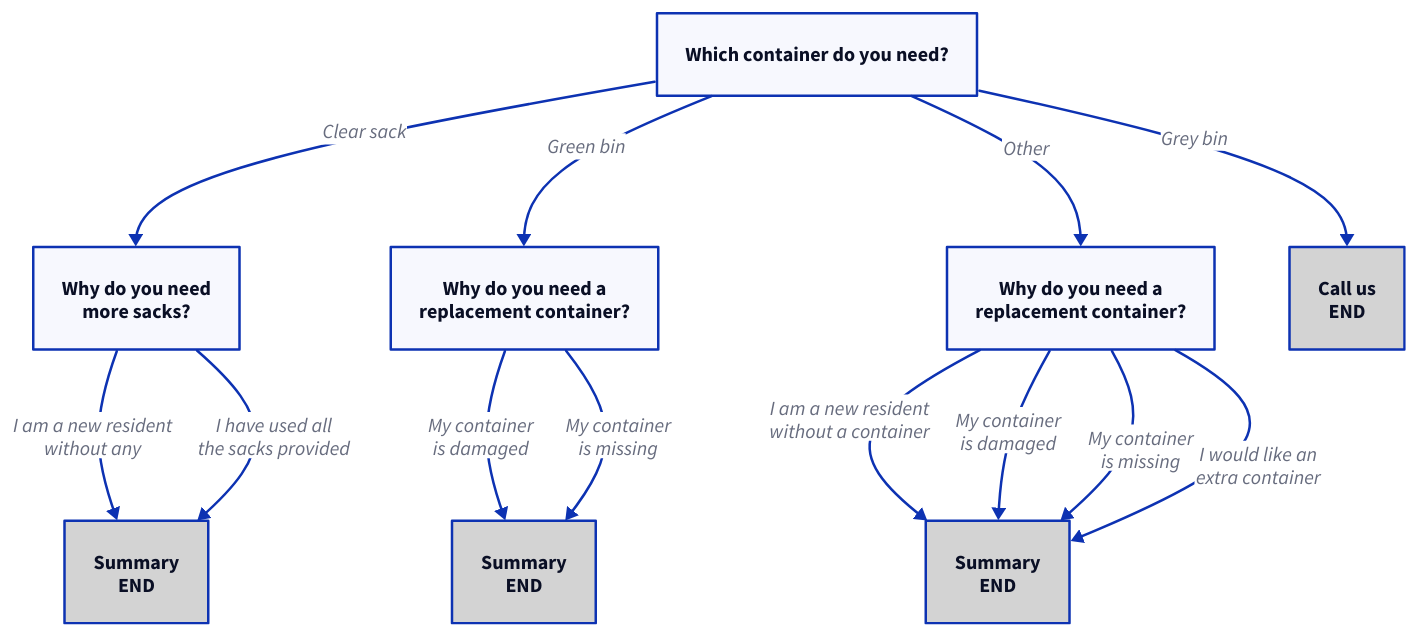
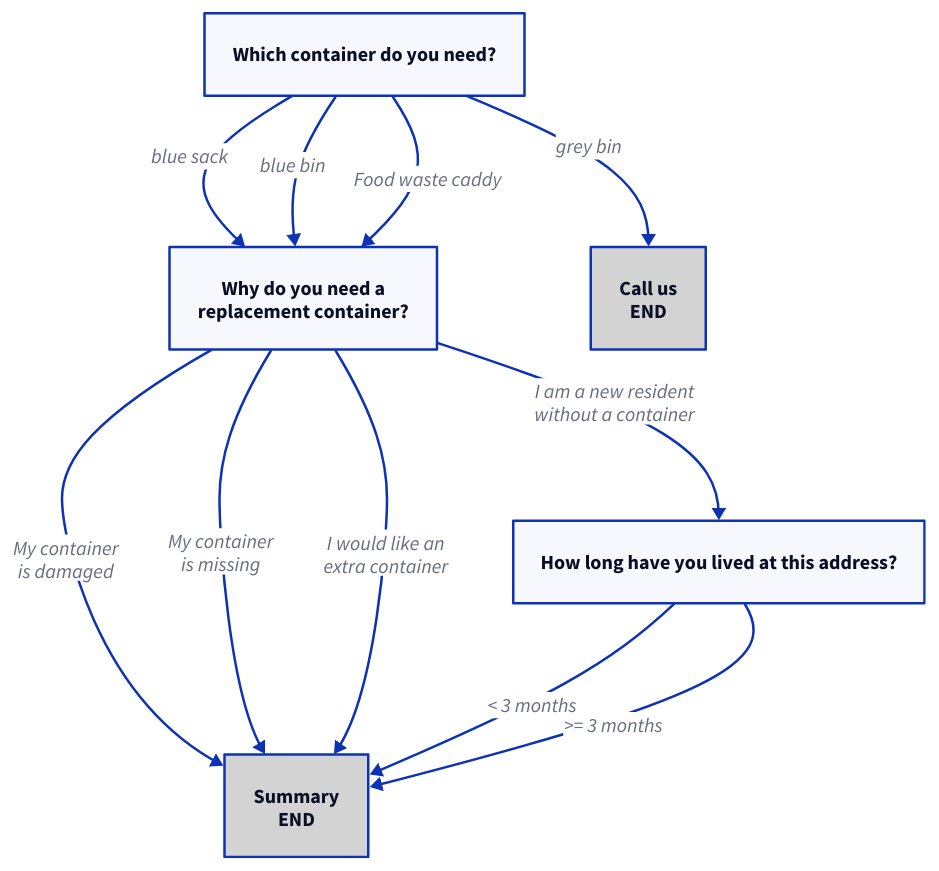
The diagram in diagrams/brent-request.d2 (mysociety/fixmystreet.com), drawn with D2 before and after one commit.

Commit message:
[Brent] Updated container request workflow

```diff
--- a/diagrams/brent-request.d2
+++ b/diagrams/brent-request.d2
@@ -1,24 +1,20 @@
 Pick container: Which container do you need?
 Replacement: Why do you need a\nreplacement container?
-About you1: Summary\nEND { style.fill: lightgrey }
-About you2: Summary\nEND { style.fill: lightgrey }
-About you5: Summary\nEND { style.fill: lightgrey }
-why_sacks: Why do you need\nmore sacks?
-why_green: Why do you need a\nreplacement container?
+About you: Summary\nEND { style.fill: lightgrey }
+
+Pick container -> Call us: grey bin
+Pick container -> Replacement: blue sack
+Pick container -> Replacement: blue bin
+Pick container -> Replacement: Food waste caddy
+
 Call us: Call us\nEND { style.fill: lightgrey }
 
-Pick container -> Call us: Grey bin
-Pick container -> why_sacks: Clear sack
-Pick container -> why_green: Green bin
-Pick container -> Replacement: Other
 
-why_sacks -> About you1: I am a new resident\nwithout any
-why_sacks -> About you1: I have used all\nthe sacks provided
+Replacement -> Date_Moved: I am a new resident\nwithout a container
+Replacement -> About you: My container\nis damaged
+Replacement -> About you: My container\nis missing
+Replacement -> About you: I would like an\nextra container
 
-why_green -> About you2: My container\nis damaged
-why_green -> About you2: My container\nis missing
-
-Replacement -> About you5: I am a new resident\nwithout a container
-Replacement -> About you5: My container\nis damaged
-Replacement -> About you5: My container\nis missing
-Replacement -> About you5: I would like an\nextra container
+Date_Moved: How long have you lived at this address?
+Date_Moved -> About you: < 3 months
+Date_Moved -> About you: >= 3 months
```
